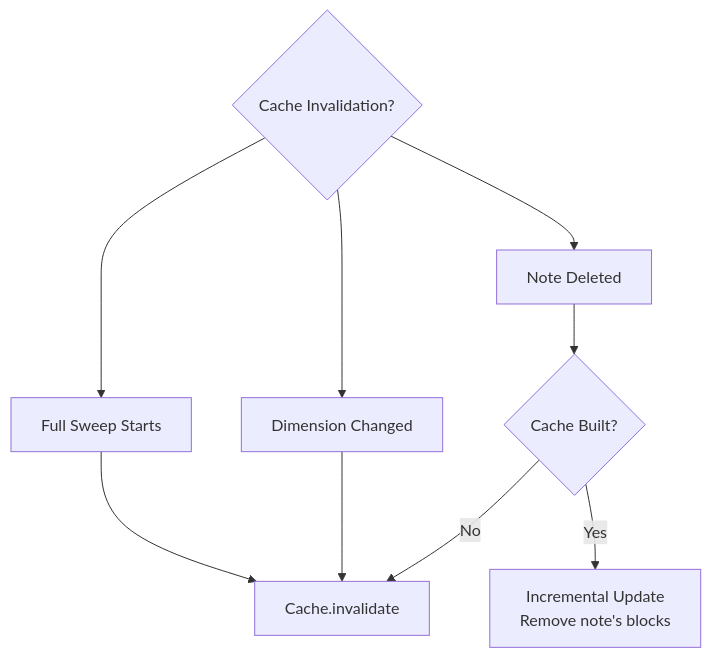
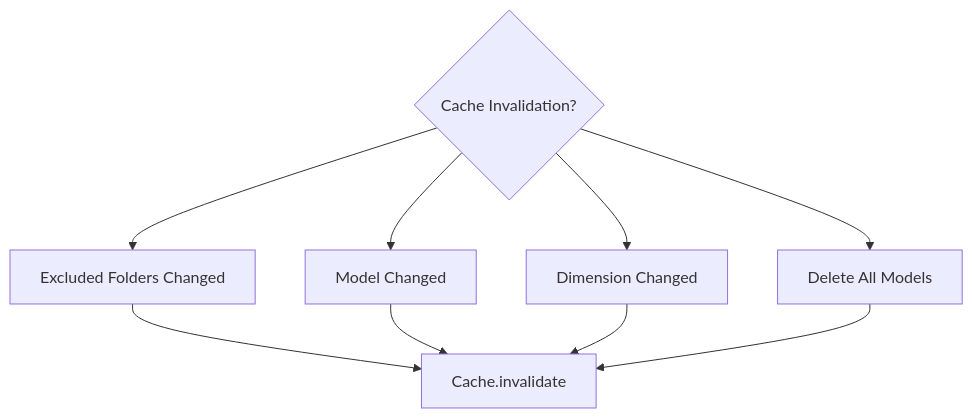
One commit to alondmnt/joplin-plugin-jarvis changed the seventh of 7 diagrams in VECTOR_DB_UPDATE_FLOW.md. Above: the diagram before and after it, drawn with Mermaid. The commit also changed other lines of this file and 4 other files, not shown here.

````diff
--- a/VECTOR_DB_UPDATE_FLOW.md
+++ b/VECTOR_DB_UPDATE_FLOW.md
@@ -294,12 +312,12 @@
 ```mermaid
 graph TD
-    A{Cache Invalidation?} --> B[Full Sweep Starts]
-    A --> C[Dimension Changed]
-    A --> D[Note Deleted]
+    A{Cache Invalidation?} --> B[Excluded Folders Changed]
+    A --> C[Model Changed]
+    A --> D[Dimension Changed]
+    A --> E[Delete All Models]
 
-    B --> E[Cache.invalidate]
-    C --> E
-    D --> F{Cache Built?}
-    F -->|Yes| G[Incremental Update<br/>Remove note's blocks]
-    F -->|No| E
+    B --> F[Cache.invalidate]
+    C --> F
+    D --> F
+    E --> F
 ```
````
